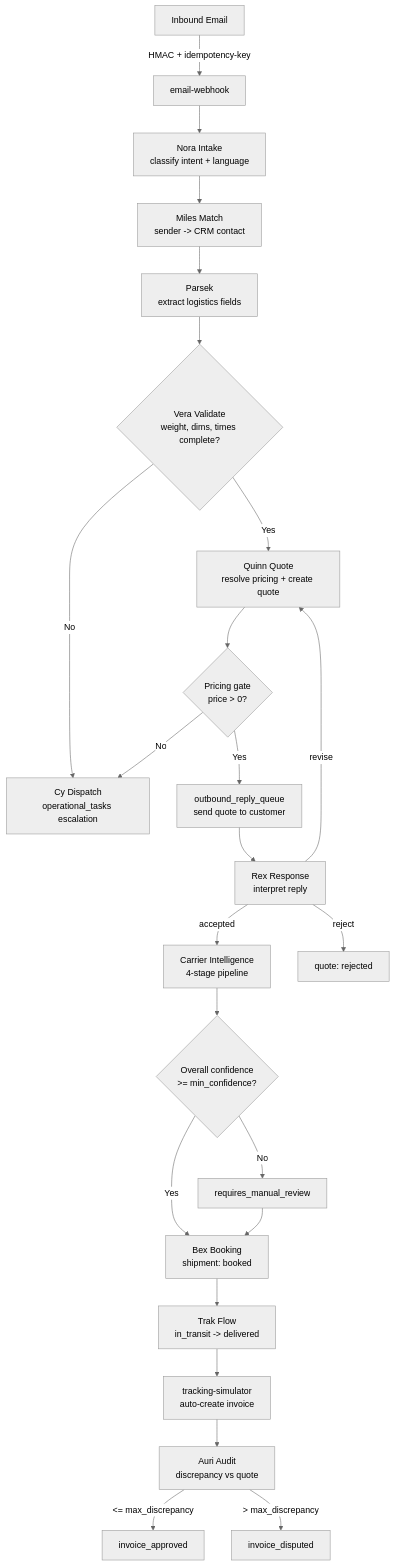
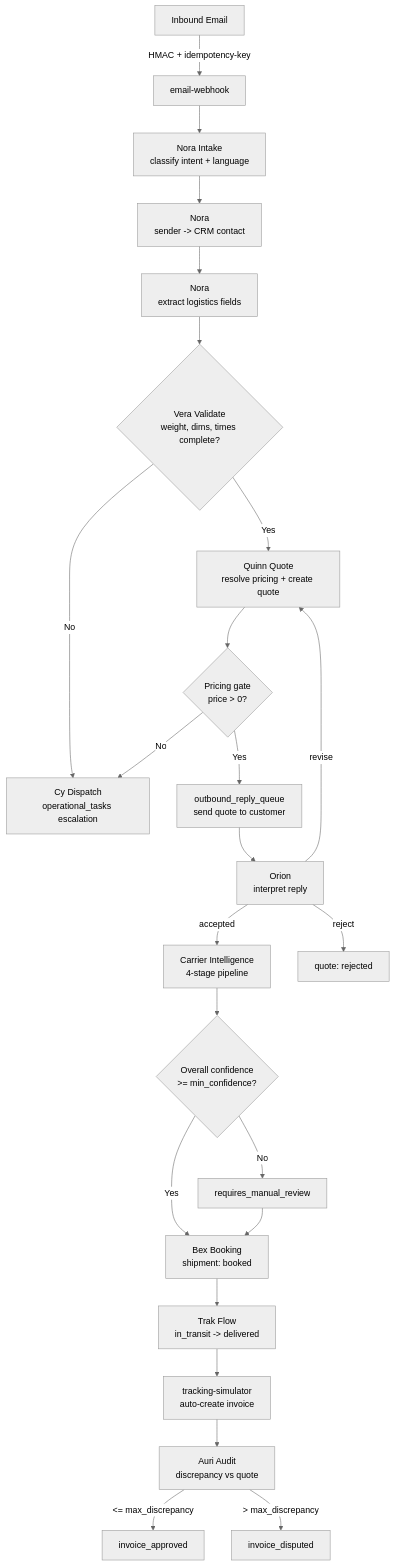
Before and after one commit to adamalgorf/Qinora_AI: the diagram in docs/source-flowchart.mmd, drawn with Mermaid (neutral theme). The commit also changed 31 other files, not shown here.

First line of the commit message:
Rename agents to match qinora.se: Nora, Quinn, Orion

```diff
--- a/docs/source-flowchart.mmd
+++ b/docs/source-flowchart.mmd
@@ -1,24 +1,24 @@
 flowchart TD
     A[Inbound Email] -->|HMAC + idempotency-key| B[email-webhook]
     B --> C[Nora Intake<br/>classify intent + language]
-    C --> D[Miles Match<br/>sender -> CRM contact]
-    D --> E[Parsek<br/>extract logistics fields]
+    C --> D[Nora<br/>sender -> CRM contact]
+    D --> E[Nora<br/>extract logistics fields]
     E --> F{Vera Validate<br/>weight, dims, times complete?}
     F -- No --> G[Cy Dispatch<br/>operational_tasks escalation]
     F -- Yes --> H[Quinn Quote<br/>resolve pricing + create quote]
     H --> I{Pricing gate<br/>price > 0?}
     I -- No --> G
     I -- Yes --> J[outbound_reply_queue<br/>send quote to customer]
-    J --> K[Rex Response<br/>interpret reply]
+    J --> K[Orion<br/>interpret reply]
     K -- accepted --> L[Carrier Intelligence<br/>4-stage pipeline]
     K -- revise --> H
     K -- reject --> Z1[quote: rejected]
     L --> M{Overall confidence<br/>>= min_confidence?}
     M -- No --> N[requires_manual_review]
     M -- Yes --> O[Bex Booking<br/>shipment: booked]
     N --> O
     O --> P[Trak Flow<br/>in_transit -> delivered]
     P --> Q[tracking-simulator<br/>auto-create invoice]
     Q --> R[Auri Audit<br/>discrepancy vs quote]
     R -- <= max_discrepancy --> S[invoice_approved]
     R -- > max_discrepancy --> T[invoice_disputed]
```
